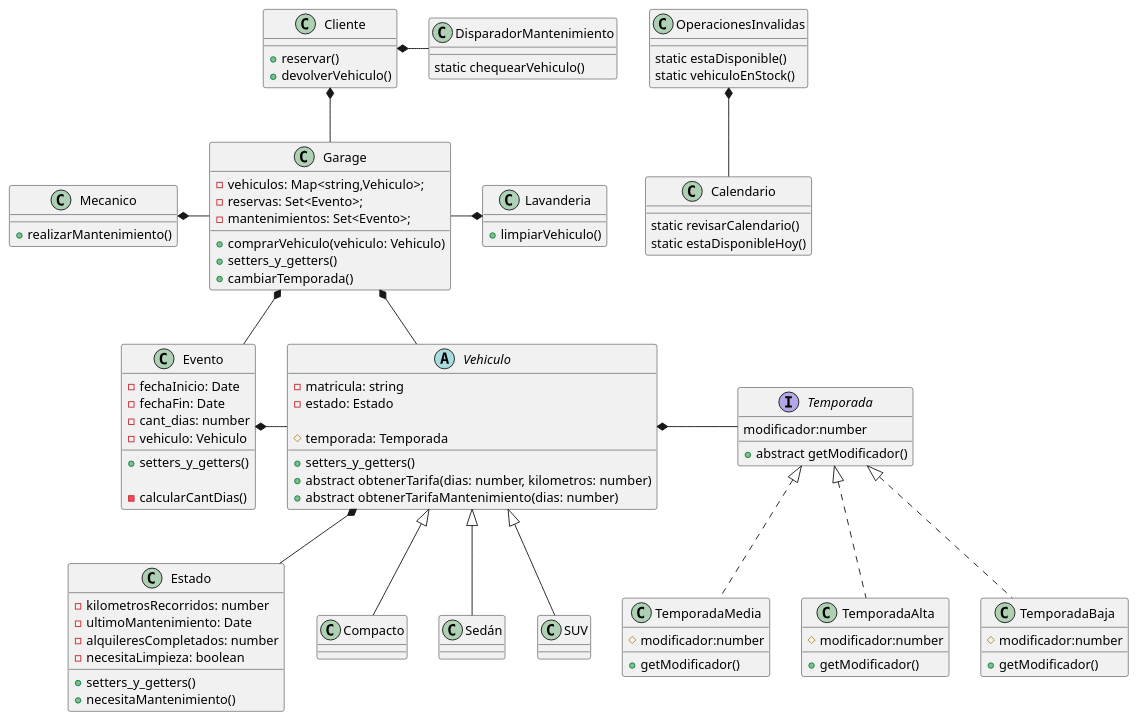
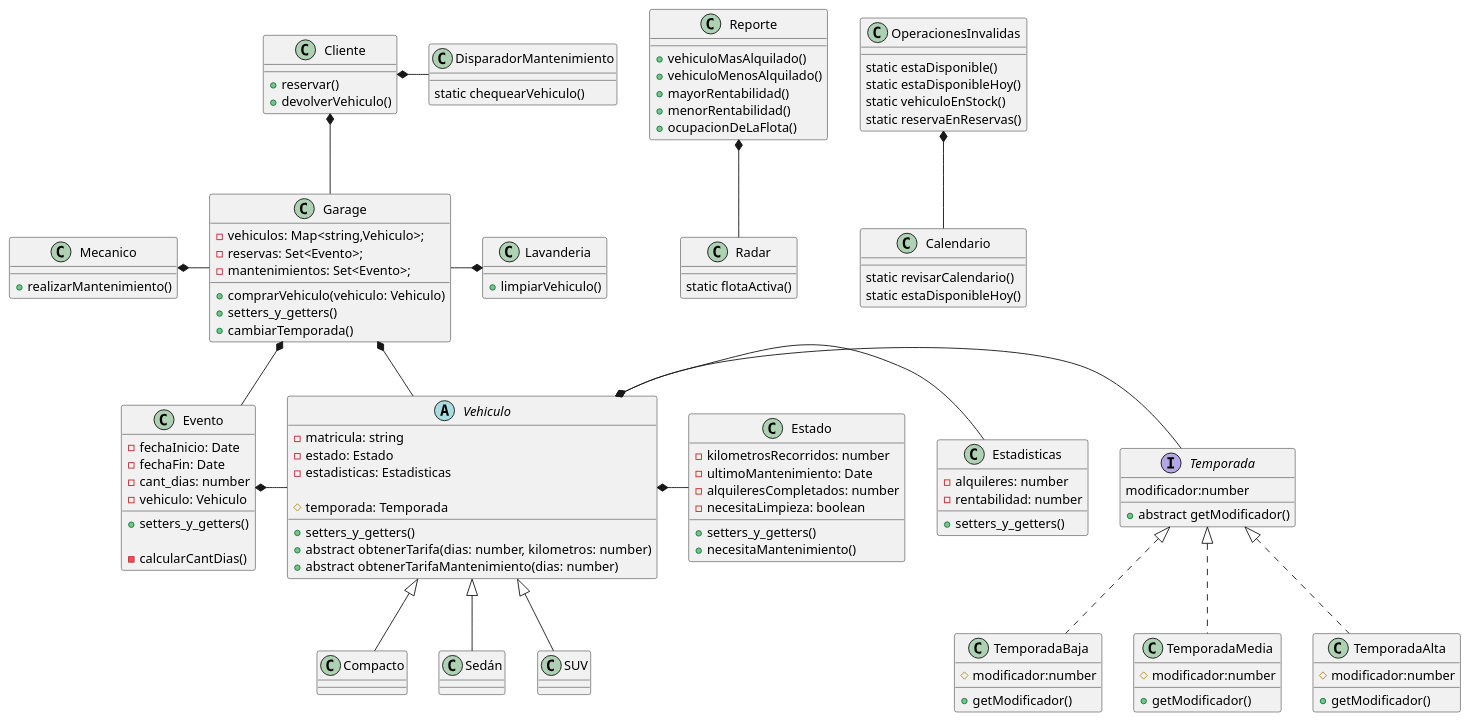
The diagram in diagramas/clases.puml (AlejoSuarez-37/Trabajo-Practico-Grupo16), drawn with PlantUML before and after one commit. The commit also changed 12 other files, not shown here.

```diff
--- a/diagramas/clases.puml
+++ b/diagramas/clases.puml
@@ -1,124 +1,149 @@
 @startuml Diagrama de clases
 class Garage {
     - vehiculos: Map<string,Vehiculo>;
     - reservas: Set<Evento>;
     - mantenimientos: Set<Evento>;
     
     + comprarVehiculo(vehiculo: Vehiculo)
     + setters_y_getters()
     + cambiarTemporada()
 }
 
 class Cliente {
     + reservar()
     + devolverVehiculo()
 }
 
 class Mecanico {
     + realizarMantenimiento()
 }
 
 class Lavanderia {
     + limpiarVehiculo()
 }
 
-class Estado {
-    - kilometrosRecorridos: number
-    - ultimoMantenimiento: Date
-    - alquileresCompletados: number
-    - necesitaLimpieza: boolean
-    
-    + setters_y_getters()
-    + necesitaMantenimiento()
-}
-
 abstract class Vehiculo {
     - matricula: string
     - estado: Estado
+    - estadisticas: Estadisticas
 
     # temporada: Temporada
 
     + setters_y_getters()
     + abstract obtenerTarifa(dias: number, kilometros: number)
     + abstract obtenerTarifaMantenimiento(dias: number)
 }
 
 class Compacto {
 
 }
 class Sedán {
 
 }
 class SUV {
 
 }
 
+class Estado {
+    - kilometrosRecorridos: number
+    - ultimoMantenimiento: Date
+    - alquileresCompletados: number
+    - necesitaLimpieza: boolean
+    
+    + setters_y_getters()
+    + necesitaMantenimiento()
+}
+
+class Estadisticas {
+    - alquileres: number
+    - rentabilidad: number
+
+    +setters_y_getters()
+}
+
+class Reporte {
+    + vehiculoMasAlquilado()
+    + vehiculoMenosAlquilado()
+    + mayorRentabilidad()
+    + menorRentabilidad()
+    + ocupacionDeLaFlota()
+}
+
 class Evento {
     - fechaInicio: Date
     - fechaFin: Date
     - cant_dias: number
     - vehiculo: Vehiculo
 
     + setters_y_getters()
 
     - calcularCantDias()
 }
 
 class Calendario {
     static revisarCalendario()
     static estaDisponibleHoy()
 }
 
+class Radar {
+    static flotaActiva()
+}
+
 class OperacionesInvalidas {
     static estaDisponible()
+    static estaDisponibleHoy()
     static vehiculoEnStock()
+    static reservaEnReservas()
 }
 
 class DisparadorMantenimiento {
     static chequearVehiculo()
 }
 
 interface Temporada {
     modificador:number
     + abstract getModificador()
 }
 class TemporadaBaja implements Temporada{
     # modificador:number
     + getModificador()
 }
 class TemporadaMedia implements Temporada{
     # modificador:number
     + getModificador()
 }
 class TemporadaAlta implements Temporada{
     # modificador:number
     + getModificador()
 }
 
 
 ' Relaciones
 
 
 Cliente *-- Garage
 
 Cliente *-r- DisparadorMantenimiento
 
 Mecanico *-r- Garage
 Lavanderia *-l- Garage
 
 Garage *-d- Vehiculo
 Garage *-d- Evento
 
 Evento *-r- Vehiculo
 
 Vehiculo <|-- Compacto
 Vehiculo <|-- Sedán
 Vehiculo <|-- SUV
 
 Vehiculo *-r- Temporada
-Vehiculo *-d- Estado
+Vehiculo *-r- Estado
+Vehiculo *-r- Estadisticas
 
 OperacionesInvalidas *-- Calendario
 
+Reporte *-- Radar
+
 
 @enduml
```
